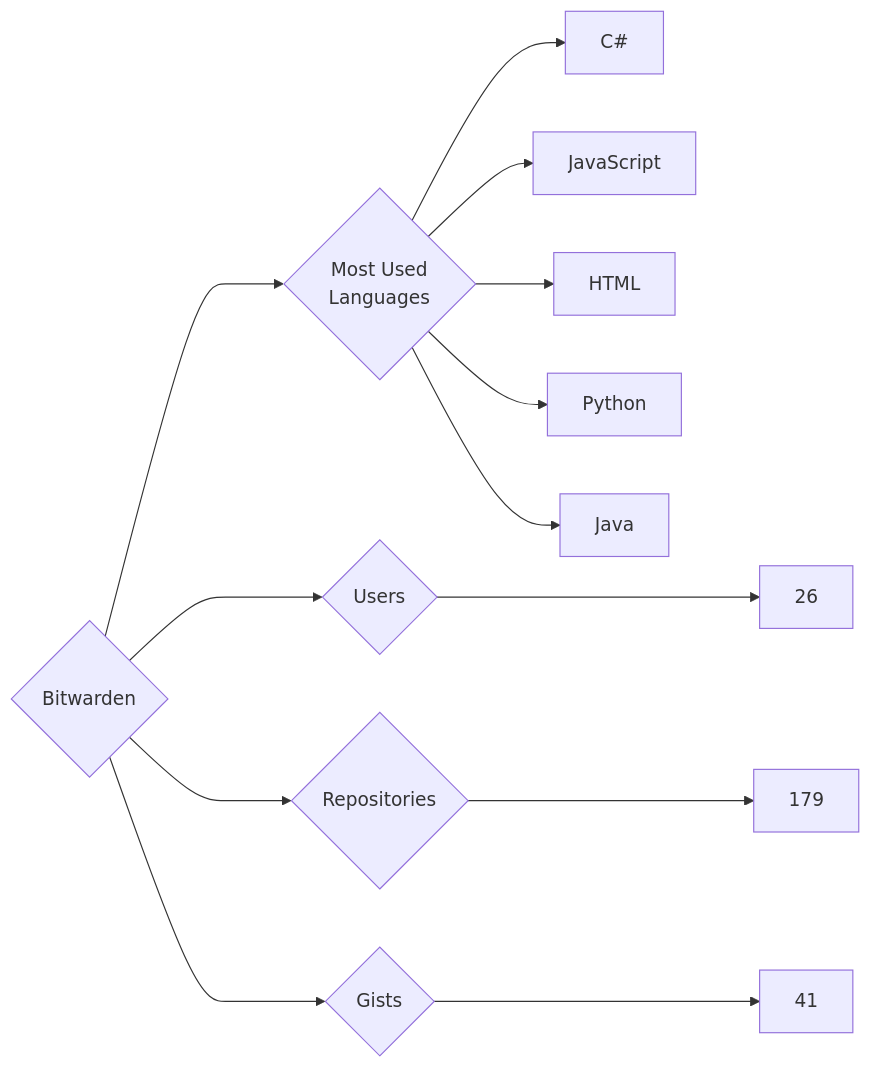
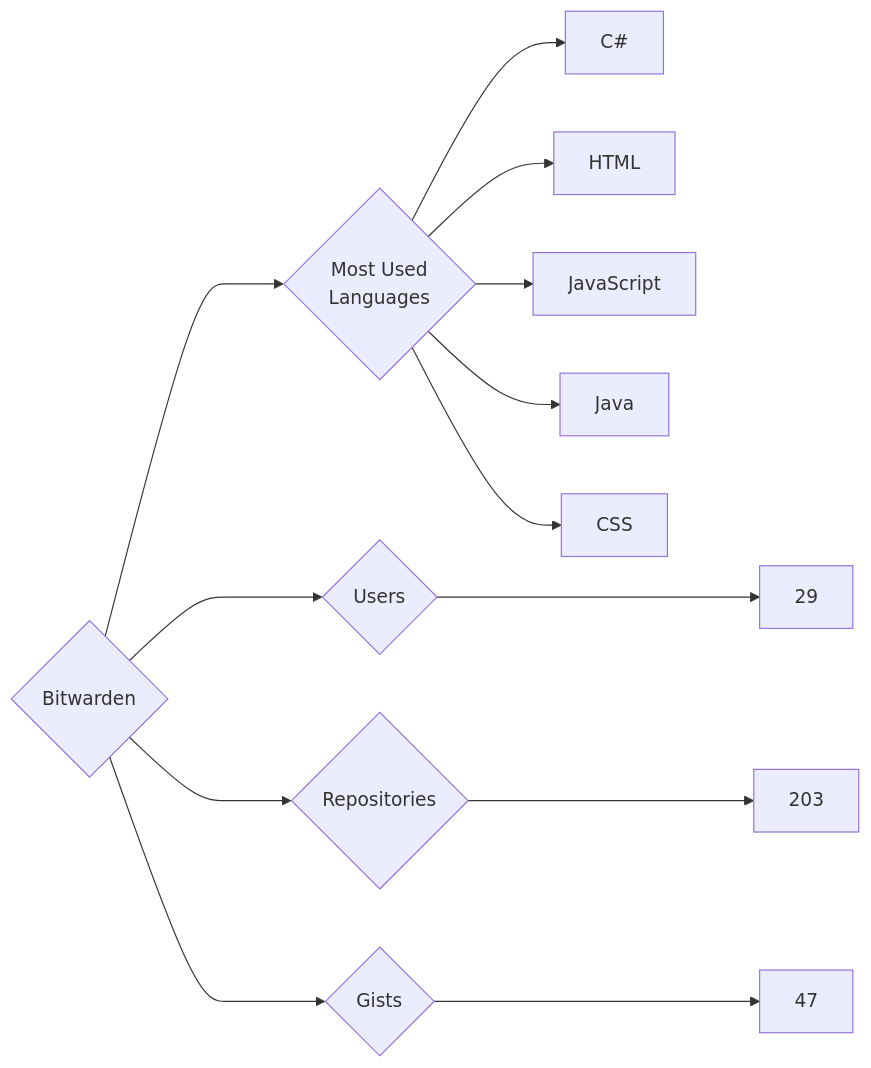
Before and after one commit to trickest/insiders: the diagram in targets/Bitwarden/README.md, drawn with Mermaid. The commit also changed 914 other files, not shown here.

````diff
--- a/targets/Bitwarden/README.md
+++ b/targets/Bitwarden/README.md
@@ -3,13 +3,13 @@
 ```mermaid
 graph LR
 COMPANY_NAME{Bitwarden}
-COMPANY_NAME ---> U{Users} ---> UN[26]
-COMPANY_NAME ---> R{Repositories} ---> RN[179]
-COMPANY_NAME ---> G{Gists} ---> GN[41]
+COMPANY_NAME ---> U{Users} ---> UN[29]
+COMPANY_NAME ---> R{Repositories} ---> RN[203]
+COMPANY_NAME ---> G{Gists} ---> GN[47]
 COMPANY_NAME ---> ML{Most Used<br>Languages}
 ML --> C#[C#]
+ML --> HTML[HTML]
 ML --> JavaScript[JavaScript]
-ML --> HTML[HTML]
-ML --> Python[Python]
 ML --> Java[Java]
+ML --> CSS[CSS]
 ```
````
